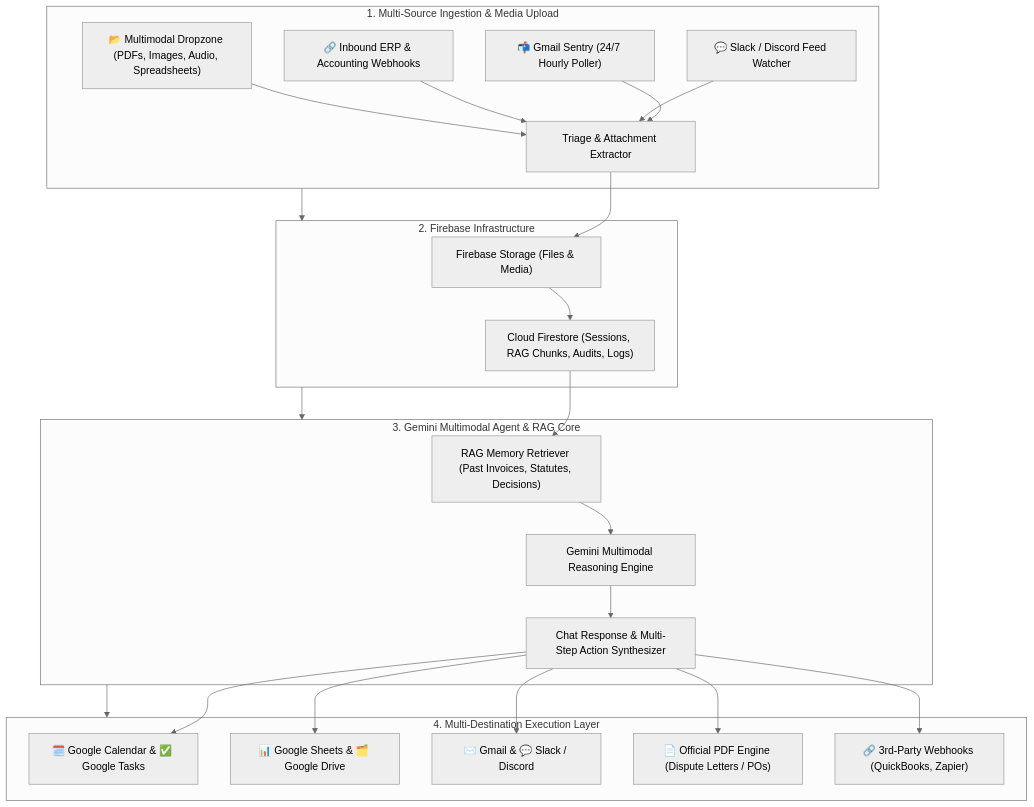
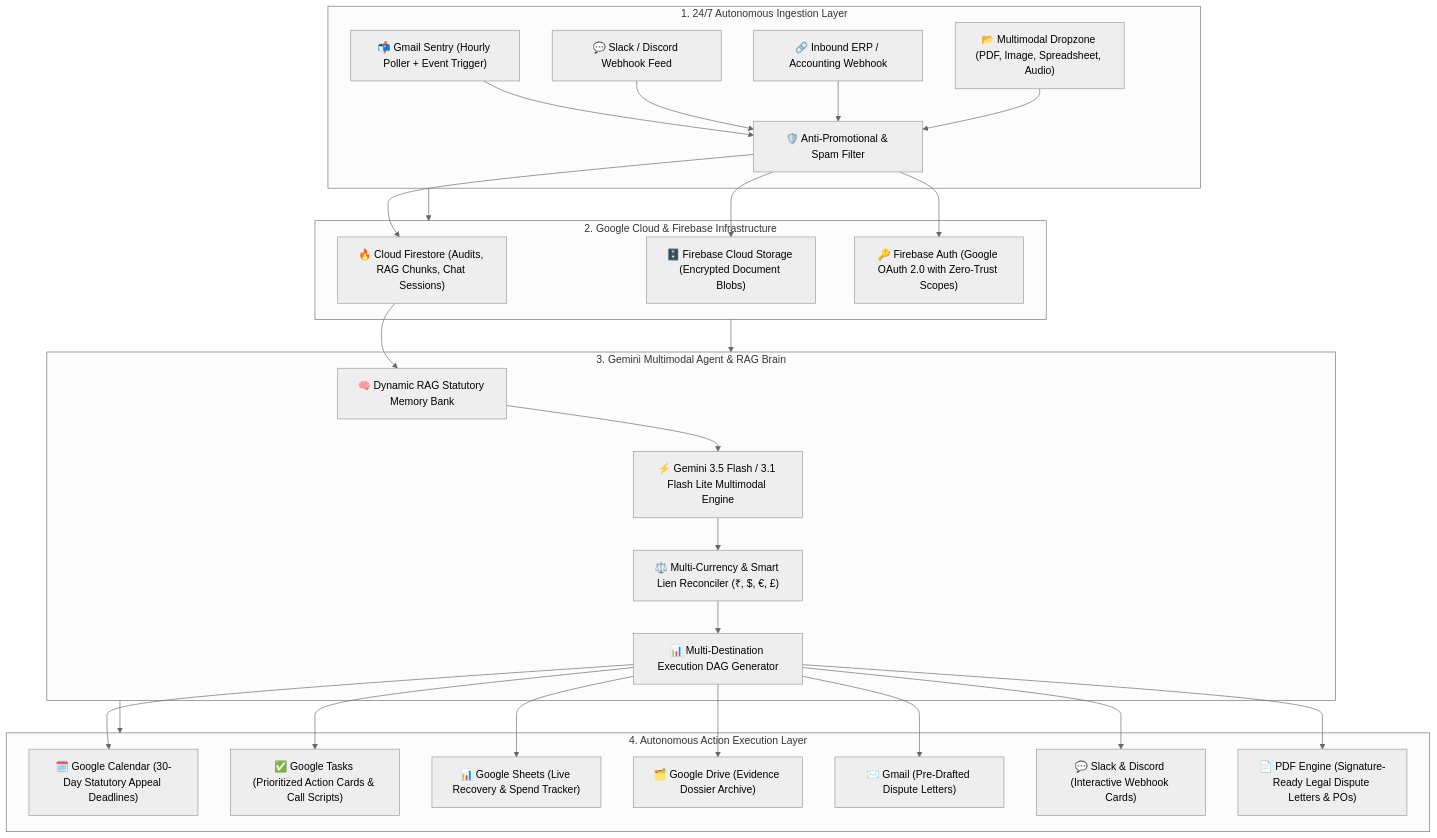
The diagram in README.md (ompatel3158/Fiscalsentry), drawn with Mermaid (neutral theme) before and after one commit. The commit also changed other lines of this file, not shown here.

Commit message:
docs: complete hackathon submission brief, architecture diagrams, and judging guide

````diff
--- a/README.md
+++ b/README.md
@@ -15,32 +23,36 @@
 ```mermaid
 graph TD
-    subgraph Ingestion["1. Multi-Source Ingestion & Media Upload"]
-        A["📬 Gmail Sentry (24/7 Hourly Poller)"] --> E["Triage & Attachment Extractor"]
-        B["💬 Slack / Discord Feed Watcher"] --> E
-        C["🔗 Inbound ERP & Accounting Webhooks"] --> E
-        D["📂 Multimodal Dropzone (PDFs, Images, Audio, Spreadsheets)"] --> E
+    subgraph SentryIngress["1. 24/7 Autonomous Ingestion Layer"]
+        A["📬 Gmail Sentry (Hourly Poller + Event Trigger)"] --> Filter["🛡️ Anti-Promotional & Spam Filter"]
+        B["💬 Slack / Discord Webhook Feed"] --> Filter
+        C["🔗 Inbound ERP / Accounting Webhook"] --> Filter
+        D["📂 Multimodal Dropzone (PDF, Image, Spreadsheet, Audio)"] --> Filter
     end
 
-    subgraph FirebaseBackend["2. Firebase Infrastructure"]
-        E --> F["Firebase Storage (Files & Media)"]
-        F --> G["Cloud Firestore (Sessions, RAG Chunks, Audits, Logs)"]
+    subgraph GoogleCloudInfra["2. Google Cloud & Firebase Infrastructure"]
+        Filter --> FS["🔥 Cloud Firestore (Audits, RAG Chunks, Chat Sessions)"]
+        Filter --> ST["🗄️ Firebase Cloud Storage (Encrypted Document Blobs)"]
+        Filter --> AUTH["🔑 Firebase Auth (Google OAuth 2.0 with Zero-Trust Scopes)"]
     end
 
-    subgraph AgentBrain["3. Gemini Multimodal Agent & RAG Core"]
-        G --> H["RAG Memory Retriever (Past Invoices, Statutes, Decisions)"]
-        H --> I["Gemini Multimodal Reasoning Engine"]
-        I --> J["Chat Response & Multi-Step Action Synthesizer"]
+    subgraph GeminiAgentCore["3. Gemini Multimodal Agent & RAG Brain"]
+        FS --> RAG["🧠 Dynamic RAG Statutory Memory Bank"]
+        RAG --> GEMINI["⚡ Gemini 3.5 Flash / 3.1 Flash Lite Multimodal Engine"]
+        GEMINI --> RECON["⚖️ Multi-Currency & Smart Lien Reconciler (₹, $, €, £)"]
+        RECON --> DAG["📊 Multi-Destination Execution DAG Generator"]
     end
 
-    subgraph ActionExecution["4. Multi-Destination Execution Layer"]
-        J --> K["🗓️ Google Calendar & ✅ Google Tasks"]
-        J --> L["📊 Google Sheets & 🗂️ Google Drive"]
-        J --> M["✉️ Gmail & 💬 Slack / Discord"]
-        J --> N["📄 Official PDF Engine (Dispute Letters / POs)"]
-        J --> O["🔗 3rd-Party Webhooks (QuickBooks, Zapier)"]
+    subgraph ActionDispatcher["4. Autonomous Action Execution Layer"]
+        DAG --> CAL["🗓️ Google Calendar (30-Day Statutory Appeal Deadlines)"]
+        DAG --> TSK["✅ Google Tasks (Prioritized Action Cards & Call Scripts)"]
+        DAG --> SHT["📊 Google Sheets (Live Recovery & Spend Tracker)"]
+        DAG --> DRV["🗂️ Google Drive (Evidence Dossier Archive)"]
+        DAG --> GML["✉️ Gmail (Pre-Drafted Dispute Letters)"]
+        DAG --> SLK["💬 Slack & Discord (Interactive Webhook Cards)"]
+        DAG --> PDF["📄 PDF Engine (Signature-Ready Legal Dispute Letters & POs)"]
     end
 
-    Ingestion --> FirebaseBackend
-    FirebaseBackend --> AgentBrain
-    AgentBrain --> ActionExecution
+    SentryIngress --> GoogleCloudInfra
+    GoogleCloudInfra --> GeminiAgentCore
+    GeminiAgentCore --> ActionDispatcher
 ```
````
